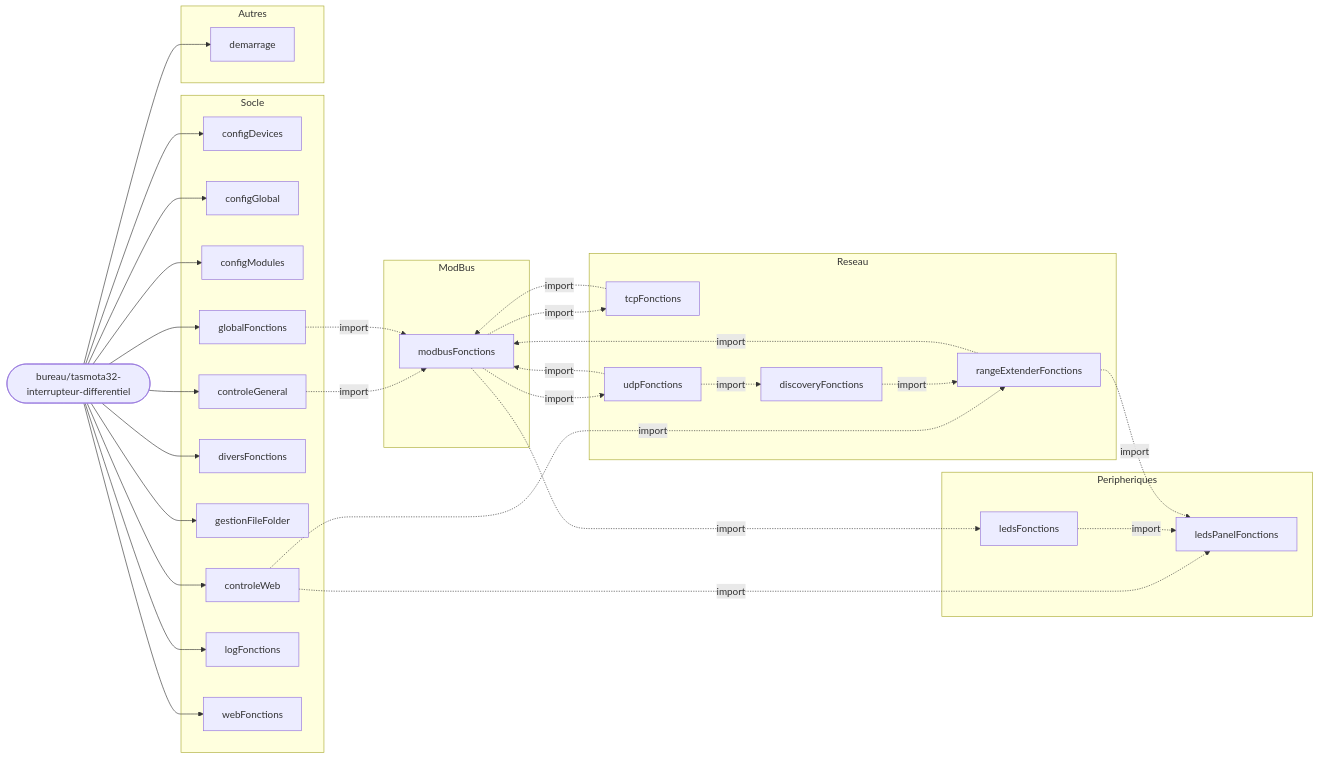
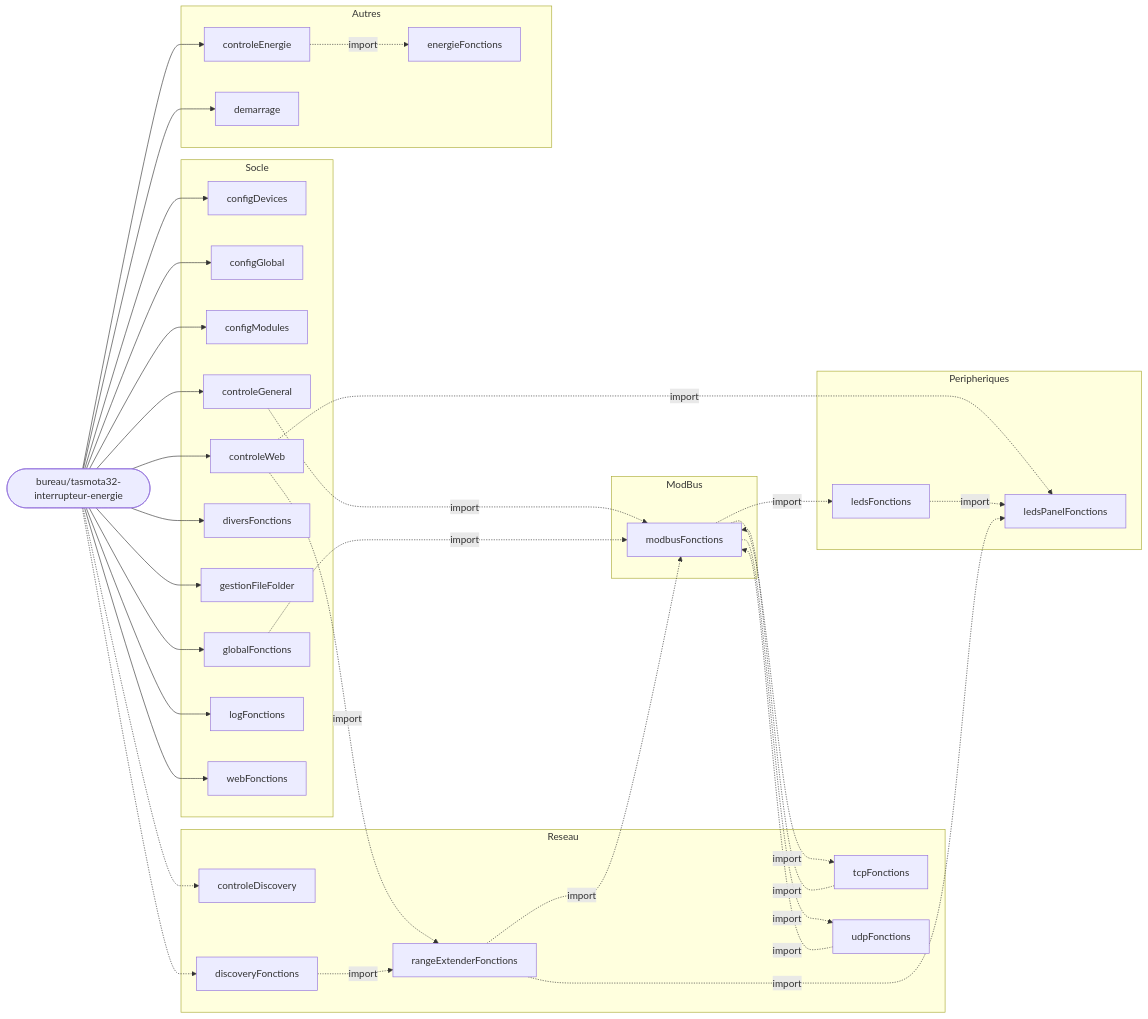
Before and after one commit to fdaubercy/Tasmota: the first of 8 diagrams in outils_docs/CARTE_MODULES_BERRY.md, drawn with Mermaid. The commit also changed other lines of this file and 45 other files, not shown here.

````diff
--- a/outils_docs/CARTE_MODULES_BERRY.md
+++ b/outils_docs/CARTE_MODULES_BERRY.md
@@ -124,57 +128,63 @@
 ```mermaid
 flowchart LR
-    CARTE(["bureau/tasmota32-interrupteur-differentiel"])
+    CARTE(["bureau/tasmota32-interrupteur-energie"])
     subgraph g_Socle["Socle"]
         m_configDevices["configDevices"]
         m_configGlobal["configGlobal"]
         m_configModules["configModules"]
         m_controleGeneral["controleGeneral"]
         m_controleWeb["controleWeb"]
         m_diversFonctions["diversFonctions"]
         m_gestionFileFolder["gestionFileFolder"]
         m_globalFonctions["globalFonctions"]
         m_logFonctions["logFonctions"]
         m_webFonctions["webFonctions"]
     end
     subgraph g_Reseau["Reseau"]
+        m_controleDiscovery["controleDiscovery"]
         m_discoveryFonctions["discoveryFonctions"]
         m_rangeExtenderFonctions["rangeExtenderFonctions"]
         m_tcpFonctions["tcpFonctions"]
         m_udpFonctions["udpFonctions"]
     end
     subgraph g_ModBus["ModBus"]
         m_modbusFonctions["modbusFonctions"]
     end
     subgraph g_Peripheriques["Peripheriques"]
         m_ledsFonctions["ledsFonctions"]
         m_ledsPanelFonctions["ledsPanelFonctions"]
     end
     subgraph g_Autres["Autres"]
+        m_controleEnergie["controleEnergie"]
         m_demarrage["demarrage"]
+        m_energieFonctions["energieFonctions"]
     end
     CARTE --> m_configDevices
     CARTE --> m_configGlobal
     CARTE --> m_configModules
     CARTE --> m_controleGeneral
     CARTE --> m_controleWeb
     CARTE --> m_diversFonctions
     CARTE --> m_gestionFileFolder
     CARTE --> m_globalFonctions
     CARTE --> m_logFonctions
     CARTE --> m_webFonctions
-    m_udpFonctions -.->|import| m_discoveryFonctions
+    CARTE -.-> m_controleDiscovery
+    CARTE -.-> m_discoveryFonctions
     m_controleWeb -.->|import| m_rangeExtenderFonctions
     m_discoveryFonctions -.->|import| m_rangeExtenderFonctions
     m_modbusFonctions -.->|import| m_tcpFonctions
     m_modbusFonctions -.->|import| m_udpFonctions
     m_controleGeneral -.->|import| m_modbusFonctions
     m_globalFonctions -.->|import| m_modbusFonctions
     m_rangeExtenderFonctions -.->|import| m_modbusFonctions
     m_tcpFonctions -.->|import| m_modbusFonctions
     m_udpFonctions -.->|import| m_modbusFonctions
     m_modbusFonctions -.->|import| m_ledsFonctions
     m_controleWeb -.->|import| m_ledsPanelFonctions
     m_ledsFonctions -.->|import| m_ledsPanelFonctions
     m_rangeExtenderFonctions -.->|import| m_ledsPanelFonctions
+    CARTE --> m_controleEnergie
     CARTE --> m_demarrage
+    m_controleEnergie -.->|import| m_energieFonctions
 ```
````
